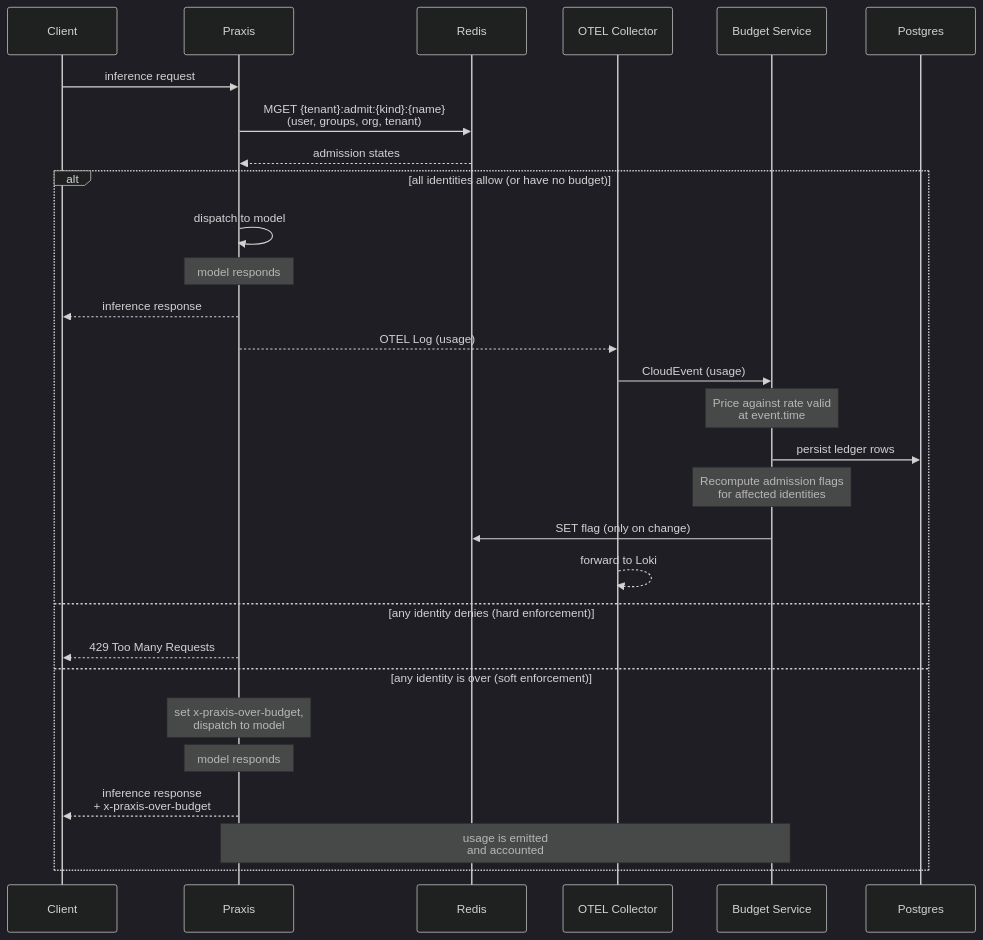
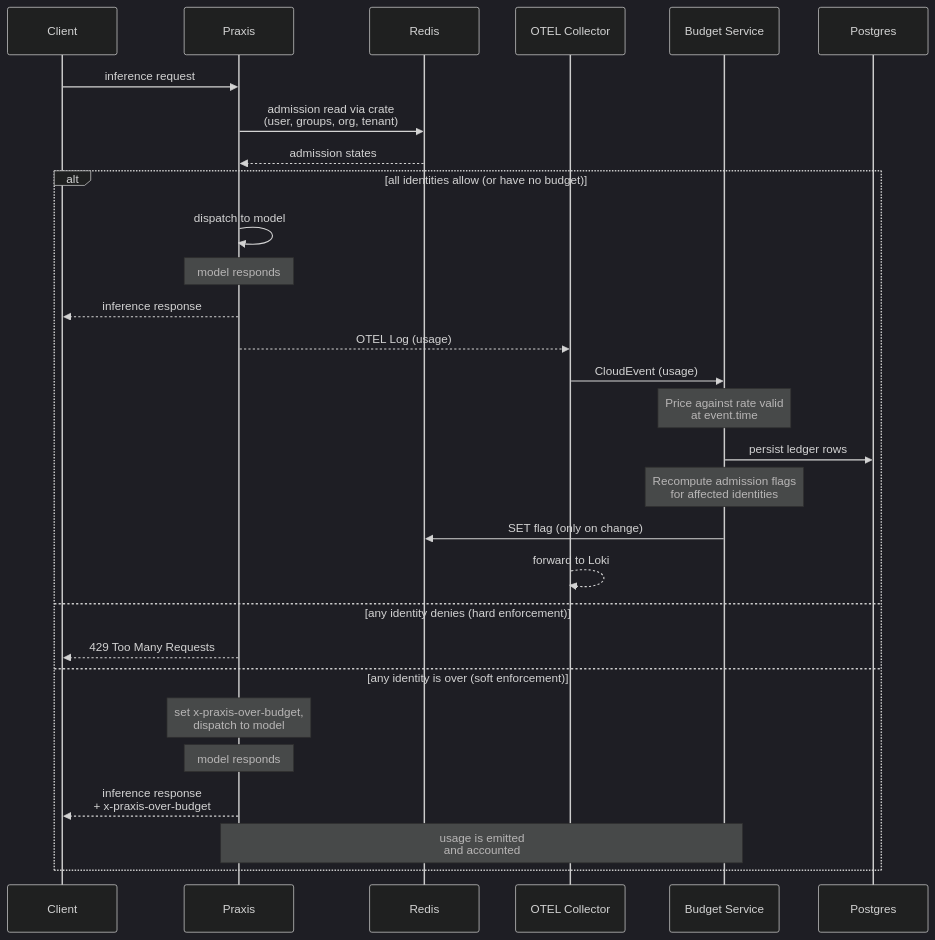
The second of 3 diagrams in architecture-decision-records/ai-gateway/ODH-ADR-0001-Tokenomics.md (opendatahub-io/architecture-decision-records), drawn with Mermaid (dark theme) before and after one commit. The commit also changed other lines of this file, not shown here.

First line of the commit message:
docs: make the admission crate the Praxis-facing contract

````diff
--- a/architecture-decision-records/ai-gateway/ODH-ADR-0001-Tokenomics.md
+++ b/architecture-decision-records/ai-gateway/ODH-ADR-0001-Tokenomics.md
@@ -99,33 +102,33 @@
 ```mermaid
 sequenceDiagram
     participant Client
     participant Praxis
     participant Redis
     participant OTELCollector as OTEL Collector
     participant BudgetService as Budget Service
     participant Postgres
 
     Client->>Praxis: inference request
-    Praxis->>Redis: MGET {tenant}:admit:{kind}:{name}<br>(user, groups, org, tenant)
+    Praxis->>Redis: admission read via crate<br>(user, groups, org, tenant)
     Redis-->>Praxis: admission states
 
     alt all identities allow (or have no budget)
         Praxis->>Praxis: dispatch to model
         Note over Praxis: model responds
         Praxis-->>Client: inference response
         Praxis-->>OTELCollector: OTEL Log (usage)
         OTELCollector->>BudgetService: CloudEvent (usage)
         Note over BudgetService: Price against rate valid<br>at event.time
         BudgetService->>Postgres: persist ledger rows
         Note over BudgetService: Recompute admission flags<br>for affected identities
         BudgetService->>Redis: SET flag (only on change)
         OTELCollector-->>OTELCollector: forward to Loki
     else any identity denies (hard enforcement)
         Praxis-->>Client: 429 Too Many Requests
     else any identity is over (soft enforcement)
         Note over Praxis: set x-praxis-over-budget,<br>dispatch to model
         Note over Praxis: model responds
         Praxis-->>Client: inference response<br>+ x-praxis-over-budget
         Note over Praxis,BudgetService: usage is emitted<br>and accounted
     end
 ```
````
